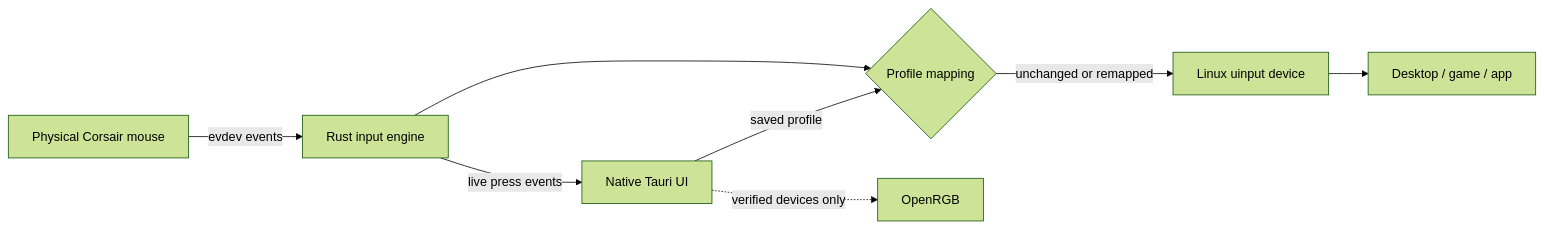
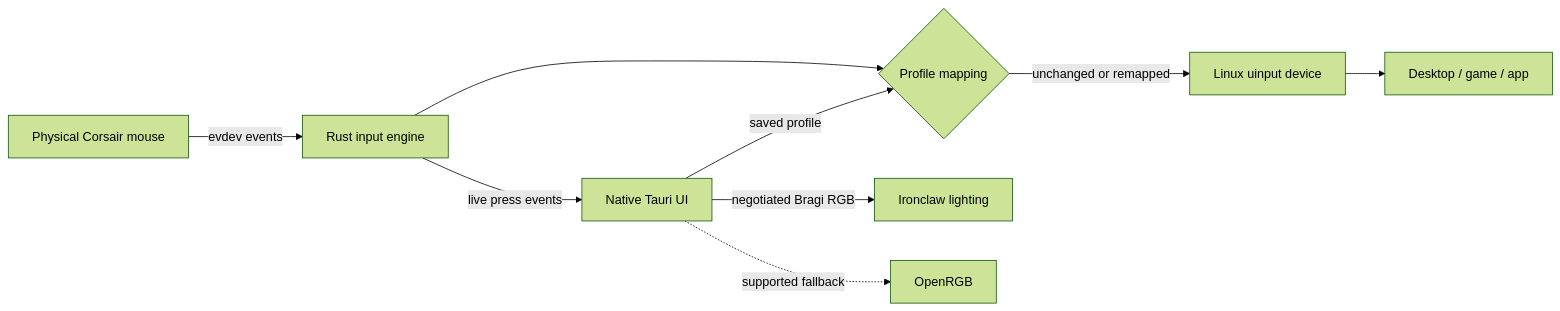
The diagram in README.md (plasticparticle/corsair-linux-ui), drawn with Mermaid (forest theme) before and after one commit. The commit also changed other lines of this file and 10 other files, not shown here.

First line of the commit message:
Enable native Ironclaw RGB and DPI controls (#2)

````diff
--- a/README.md
+++ b/README.md
@@ -49,10 +50,11 @@
 ```mermaid
 flowchart LR
     A[Physical Corsair mouse] -->|evdev events| B[Rust input engine]
     B --> C{Profile mapping}
     C -->|unchanged or remapped| D[Linux uinput device]
     D --> E[Desktop / game / app]
     B -->|live press events| F[Native Tauri UI]
     F -->|saved profile| C
-    F -. verified devices only .-> G[OpenRGB]
+    F -->|negotiated Bragi RGB| G[Ironclaw lighting]
+    F -. supported fallback .-> H[OpenRGB]
 ```
````
